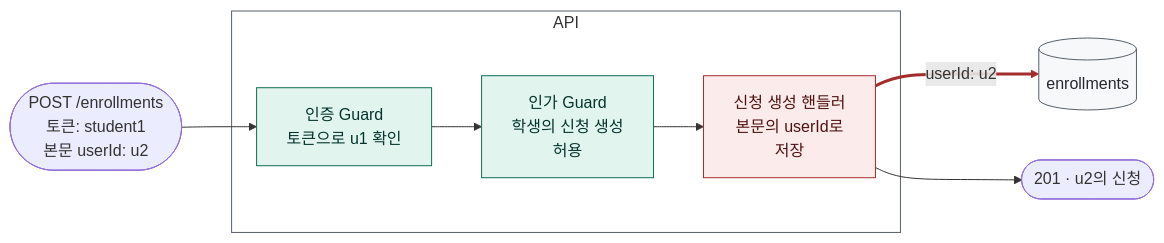
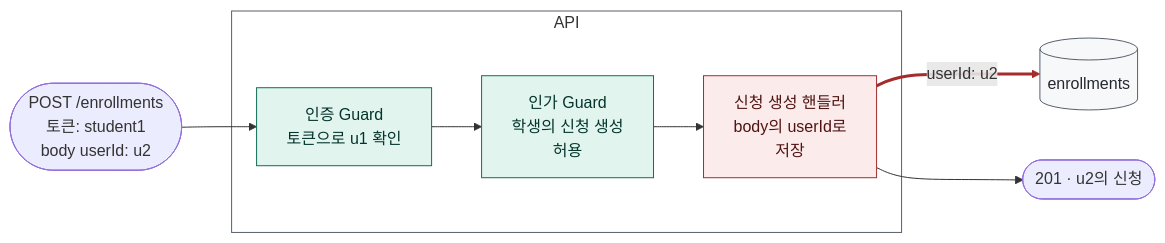
One commit to loquemedalagana/secure-enroll-demo changed the first of 3 diagrams in docs/diagnosis/defect-8.md. Above: the diagram before and after it, drawn with Mermaid. The commit also changed other lines of this file, not shown here.

First line of the commit message:
docs: 결함 8 보고서의 '요청 본문'을 '요청 body'로 고침

````diff
--- a/docs/diagnosis/defect-8.md
+++ b/docs/diagnosis/defect-8.md
@@ -92,25 +92,25 @@
 ```mermaid
 flowchart LR
-  req(["POST /enrollments<br/>토큰: student1<br/>본문 userId: u2"])
+  req(["POST /enrollments<br/>토큰: student1<br/>body userId: u2"])
 
   subgraph api["API"]
     a["인증 Guard<br/>토큰으로 u1 확인"]
     z["인가 Guard<br/>학생의 신청 생성<br/>허용"]
-    h["신청 생성 핸들러<br/>본문의 userId로<br/>저장"]
+    h["신청 생성 핸들러<br/>body의 userId로<br/>저장"]
   end
 
   db[("enrollments")]
 
   req --> a --> z --> h
   h == "userId: u2" ==> db
   h --> res(["201 · u2의 신청"])
 
   classDef safe fill:#E1F5EE,stroke:#0F6E56,color:#04342C
   classDef danger fill:#FCEBEB,stroke:#A32D2D,color:#501313
   classDef neutral fill:#f6f8fa,stroke:#57606a,color:#24292f
   class a,z safe
   class h danger
   class db neutral
   style api fill:none,stroke:#57606a
   linkStyle 3 stroke:#A32D2D,stroke-width:3px
 ```
````
